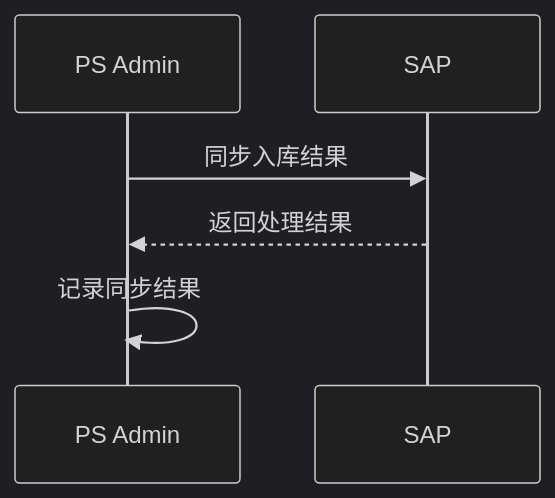
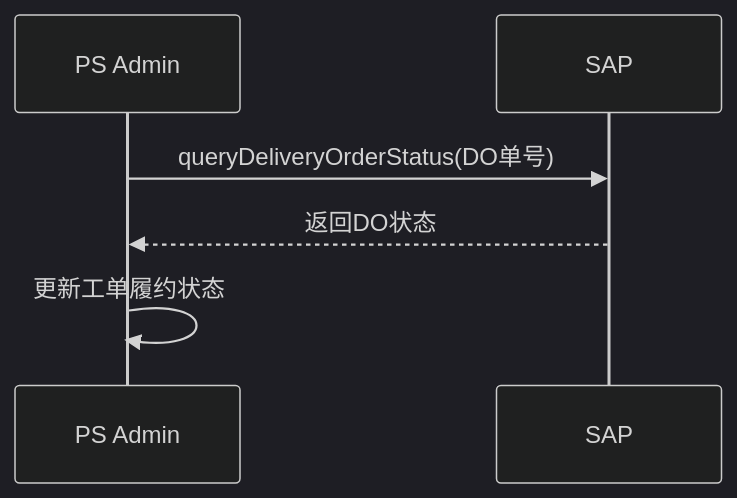
Before and after one commit to guguohai/gmps: diagram 21 of 38 in 文档/GM系统需求说明.md, drawn with Mermaid (dark theme). The commit also changed other lines of this file, not shown here.

````diff
--- a/文档/GM系统需求说明.md
+++ b/文档/GM系统需求说明.md
@@ -975,9 +896,9 @@
 ```mermaid
 sequenceDiagram
-participant A as PS Admin
-participant S as SAP
+    participant PS as PS Admin
+    participant SAP as SAP
 
-A ->> S: 同步入库结果
-S -->> A: 返回处理结果
-A ->> A: 记录同步结果
+    PS->>SAP: queryDeliveryOrderStatus(DO单号)
+    SAP-->>PS: 返回DO状态
+    PS->>PS: 更新工单履约状态
 ```
````
